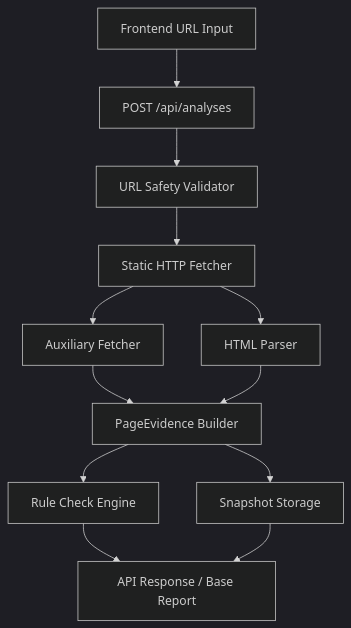
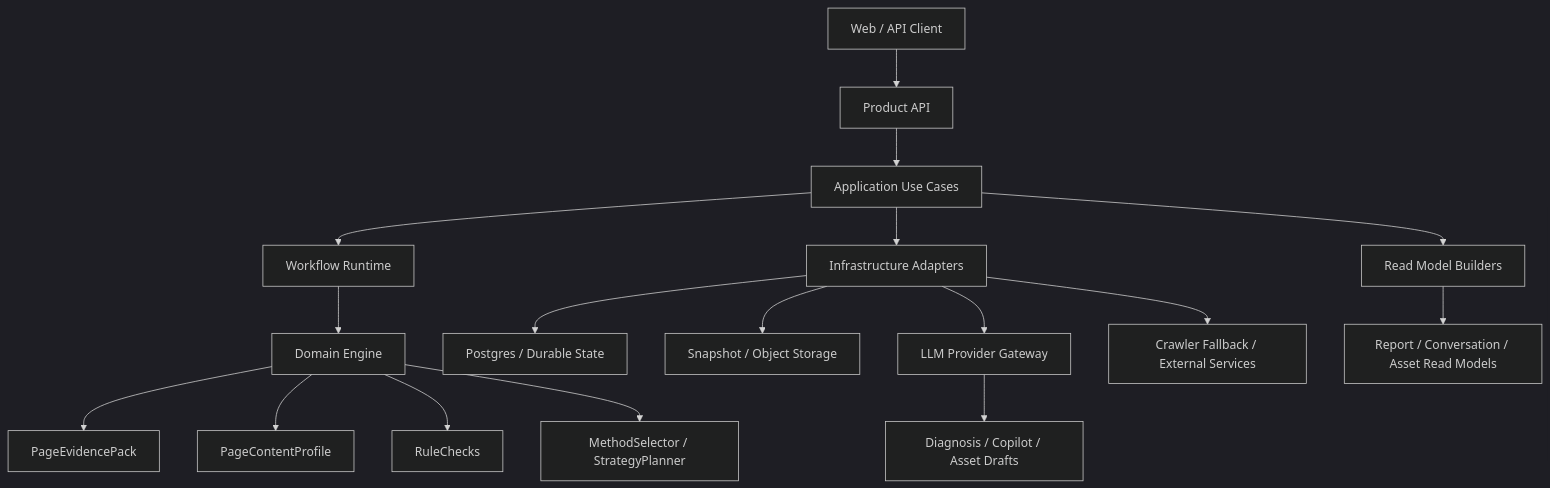
One commit to ai-geo-copilot/geo-copilot changed the diagram in docs/GEO实施路线与架构决策.md. Above: the diagram before and after it, drawn with Mermaid (dark theme). The commit also changed other lines of this file and 44 other files, not shown here.

````diff
--- a/docs/GEO实施路线与架构决策.md
+++ b/docs/GEO实施路线与架构决策.md
@@ -37,14 +45,19 @@
 ```mermaid
 flowchart TD
-  A["Frontend URL Input"] --> B["POST /api/analyses"]
-  B --> C["URL Safety Validator"]
-  C --> D["Static HTTP Fetcher"]
-  D --> E["Auxiliary Fetcher"]
-  D --> F["HTML Parser"]
-  E --> G["PageEvidence Builder"]
-  F --> G
-  G --> H["Rule Check Engine"]
-  G --> I["Snapshot Storage"]
-  H --> J["API Response / Base Report"]
-  I --> J
+    A["Web / API Client"] --> B["Product API"]
+    B --> C["Application Use Cases"]
+    C --> D["Workflow Runtime"]
+    D --> E["Domain Engine"]
+    C --> F["Read Model Builders"]
+    C --> G["Infrastructure Adapters"]
+    G --> H["Postgres / Durable State"]
+    G --> I["Snapshot / Object Storage"]
+    G --> J["LLM Provider Gateway"]
+    G --> K["Crawler Fallback / External Services"]
+    E --> L["PageEvidencePack"]
+    E --> M["PageContentProfile"]
+    E --> N["RuleChecks"]
+    E --> O["MethodSelector / StrategyPlanner"]
+    J --> P["Diagnosis / Copilot / Asset Drafts"]
+    F --> Q["Report / Conversation / Asset Read Models"]
 ```
````
